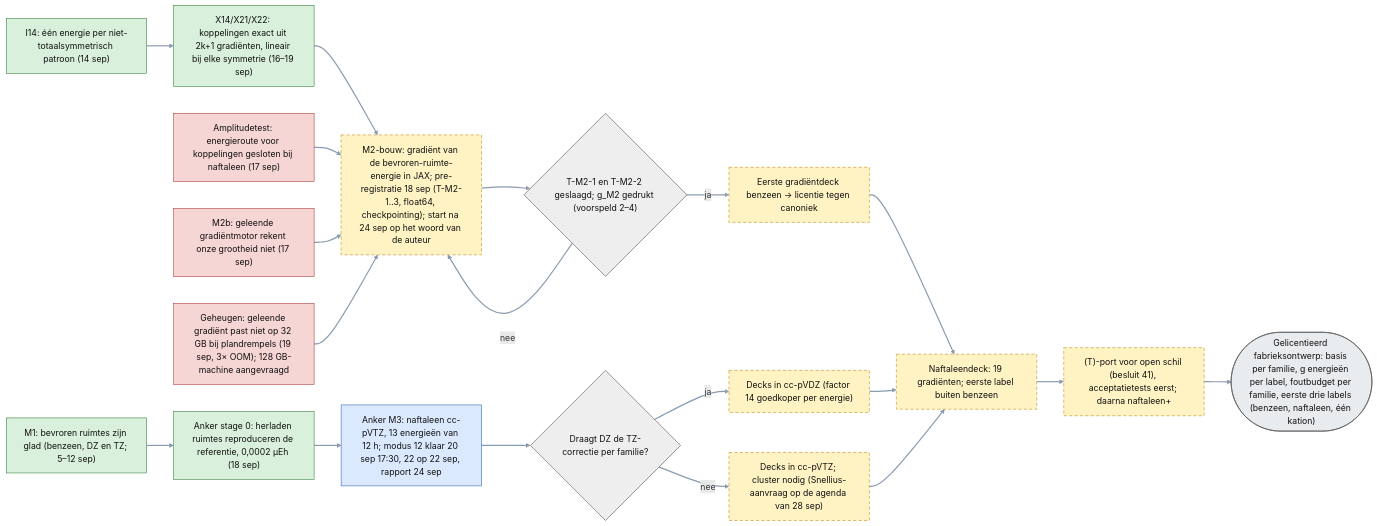
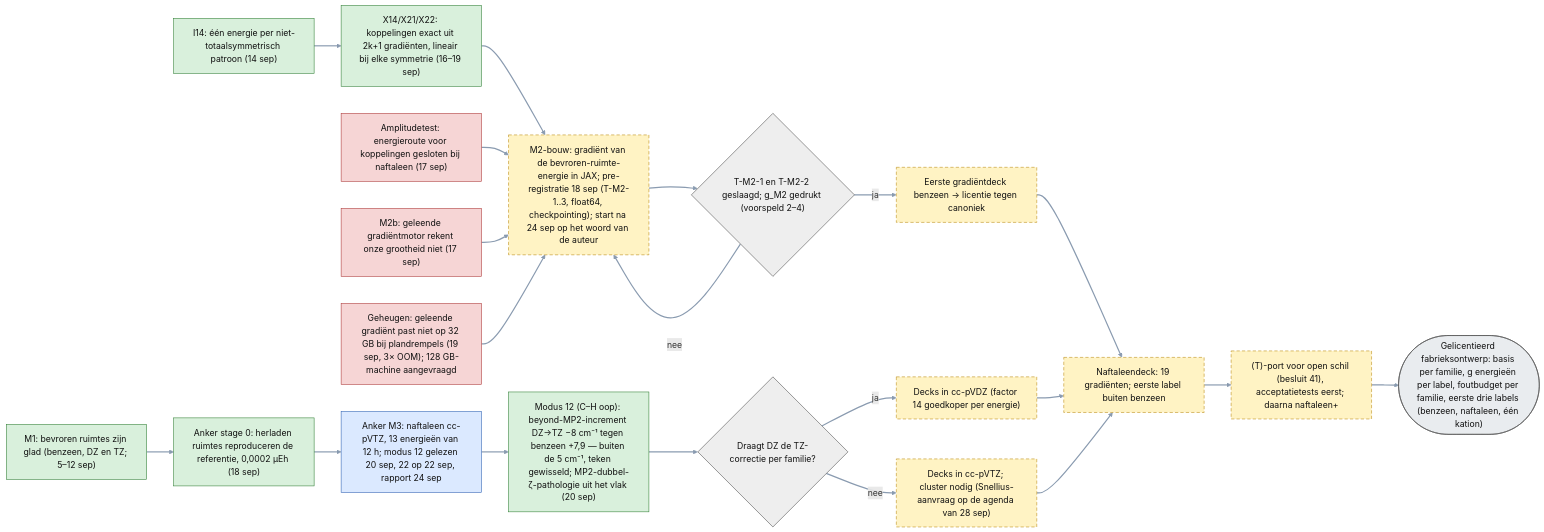
One commit to thebreadishard/udacity-capstone-plan changed the diagram in plans/05_delta-probed-ir-pipeline/GoalGathering/architecture/10_onderzoeksproces_labelfabriek.mmd. Above: the diagram before and after it, drawn with Mermaid. The commit also changed 6 other files, not shown here.

```diff
--- a/plans/05_delta-probed-ir-pipeline/GoalGathering/architecture/10_onderzoeksproces_labelfabriek.mmd
+++ b/plans/05_delta-probed-ir-pipeline/GoalGathering/architecture/10_onderzoeksproces_labelfabriek.mmd
@@ -1,42 +1,43 @@
 %% Onderzoeksproces — de labelfabriek (in het voorstel: pipeline B): de toetsen die beslissen of de doelarchitectuur van blad 4 er komt; het eindobject is het gelicentieerde fabrieksontwerp met de eerste labels als bewijs, niet de labelset (die maakt blad 4). Stand 20 september 2026.
 %% Dit blad mag data en besluiten bevatten. Groen = geslaagd; blauw = loopt; gestippeld = nog te doen; rood = mislukt en gesloten.
 flowchart LR
   linkStyle default stroke:#8a9bb0,stroke-width:2.2px
   classDef done fill:#d9f0dc,stroke:#2e7d32,color:#111
   classDef running fill:#dbe9ff,stroke:#2a5db0,color:#111
   classDef todo stroke-dasharray: 6 4,stroke:#b8860b,fill:#fff3c4,color:#111
   classDef closed fill:#f6d5d5,stroke:#a33,color:#111
   classDef dec fill:#eee,stroke:#444,color:#111
   classDef data fill:#e9ecef,stroke:#555,color:#111
 
   M1["M1: bevroren ruimtes zijn glad (benzeen, DZ en TZ; 5–12 sep)"]:::done
   I14["I14: één energie per niet-totaalsymmetrisch patroon (14 sep)"]:::done
   X14["X14/X21/X22: koppelingen exact uit 2k+1 gradiënten, lineair bij elke symmetrie (16–19 sep)"]:::done
   AMP["Amplitudetest: energieroute voor koppelingen gesloten bij naftaleen (17 sep)"]:::closed
   M2B["M2b: geleende gradiëntmotor rekent onze grootheid niet (17 sep)"]:::closed
   ST0["Anker stage 0: herladen ruimtes reproduceren de referentie, 0,0002 µEh (18 sep)"]:::done
-  ANCH["Anker M3: naftaleen cc-pVTZ, 13 energieën van 12 h; modus 12 klaar 20 sep 17:30, 22 op 22 sep, rapport 24 sep"]:::running
+  ANCH["Anker M3: naftaleen cc-pVTZ, 13 energieën van 12 h; modus 12 gelezen 20 sep, 22 op 22 sep, rapport 24 sep"]:::running
+  M12["Modus 12 (C–H oop): beyond-MP2-increment DZ→TZ −8 cm⁻¹ tegen benzeen +7,9 — buiten de 5 cm⁻¹, teken gewisseld; MP2-dubbel-ζ-pathologie uit het vlak (20 sep)"]:::done
   D1{"Draagt DZ de TZ-correctie per familie?"}:::dec
   CHEAP["Decks in cc-pVDZ (factor 14 goedkoper per energie)"]:::todo
   TZ["Decks in cc-pVTZ; cluster nodig (Snellius-aanvraag op de agenda van 28 sep)"]:::todo
   M2["M2-bouw: gradiënt van de bevroren-ruimte-energie in JAX; pre-registratie 18 sep (T-M2-1..3, float64, checkpointing); start na 24 sep op het woord van de auteur"]:::todo
   D2{"T-M2-1 en T-M2-2 geslaagd; g_M2 gedrukt (voorspeld 2–4)"}:::dec
   DECK1["Eerste gradiëntdeck benzeen → licentie tegen canoniek"]:::todo
   DECK2["Naftaleendeck: 19 gradiënten; eerste label buiten benzeen"]:::todo
   TPORT["(T)-port voor open schil (besluit 41), acceptatietests eerst; daarna naftaleen+"]:::todo
   MEM["Geheugen: geleende gradiënt past niet op 32 GB bij plandrempels (19 sep, 3× OOM); 128 GB-machine aangevraagd"]:::closed
   OUT(["Gelicentieerd fabrieksontwerp: basis per familie, g energieën per label, foutbudget per familie, eerste drie labels (benzeen, naftaleen, één kation)"]):::data
 
-  M1 --> ST0 --> ANCH --> D1
+  M1 --> ST0 --> ANCH --> M12 --> D1
   D1 -- ja --> CHEAP
   D1 -- nee --> TZ
   I14 --> X14 --> M2
   AMP --> M2
   M2B --> M2
   MEM --> M2
   M2 --> D2
   D2 -- ja --> DECK1 --> DECK2
   D2 -- nee --> M2
   CHEAP --> DECK2
   TZ --> DECK2
   DECK2 --> TPORT --> OUT
```
